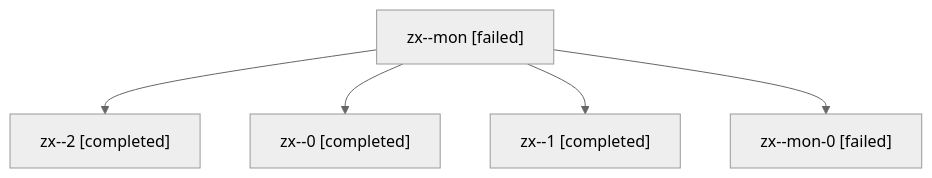
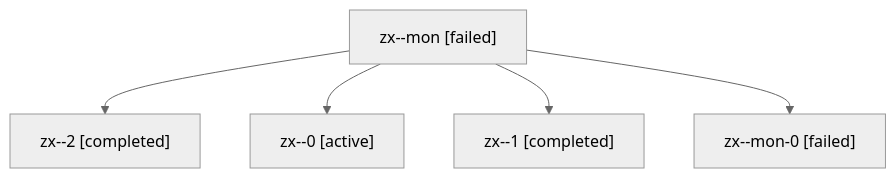
One commit to sase-org/sase--agents changed the diagram in families/bbugyi200.athena.zx.md. Above: the diagram before and after it, drawn with Mermaid (neutral theme). The commit also changed other lines of this file and 35830 other files, not shown here.

````diff
--- a/families/bbugyi200.athena.zx.md
+++ b/families/bbugyi200.athena.zx.md
@@ -9,12 +9,12 @@
 ```mermaid
 flowchart TD
   n0["zx--mon [failed]"]
   n1["zx--2 [completed]"]
   n0 --> n1
-  n2["zx--0 [completed]"]
+  n2["zx--0 [active]"]
   n0 --> n2
   n3["zx--1 [completed]"]
   n0 --> n3
   n4["zx--mon-0 [failed]"]
   n0 --> n4
 ```
````
